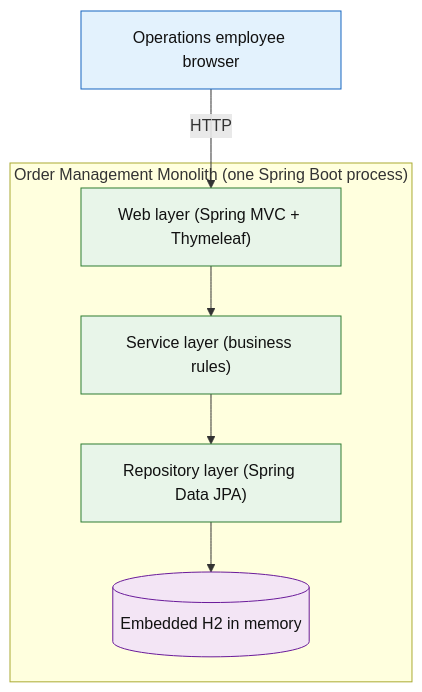
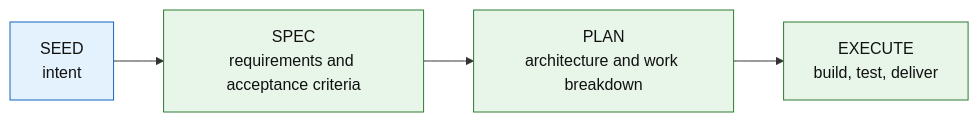
Before and after one commit to raviganesh-ai/fake-monolith: the second of 2 diagrams in README.md, drawn with Mermaid. The commit also changed other lines of this file and 2 other files, not shown here.

````diff
--- a/README.md
+++ b/README.md
@@ -94,14 +161,8 @@
 ```mermaid
-flowchart TD
-    browser["Operations employee browser"]:::actor
-    subgraph app["Order Management Monolith (one Spring Boot process)"]
-        web["Web layer (Spring MVC + Thymeleaf)"]:::compute
-        svc["Service layer (business rules)"]:::compute
-        repo["Repository layer (Spring Data JPA)"]:::compute
-        h2[("Embedded H2 in memory")]:::data
-    end
-    browser -->|HTTP| web --> svc --> repo --> h2
+flowchart LR
+    seed["SEED<br/>intent"]:::actor --> spec["SPEC<br/>requirements and acceptance criteria"]:::compute
+    spec --> plan["PLAN<br/>architecture and work breakdown"]:::compute
+    plan --> exec["EXECUTE<br/>build, test, deliver"]:::compute
     classDef actor fill:#E3F2FD,stroke:#1565C0,color:#111;
     classDef compute fill:#E8F5E9,stroke:#2E7D32,color:#111;
-    classDef data fill:#F3E5F5,stroke:#6A1B9A,color:#111;
 ```
````
